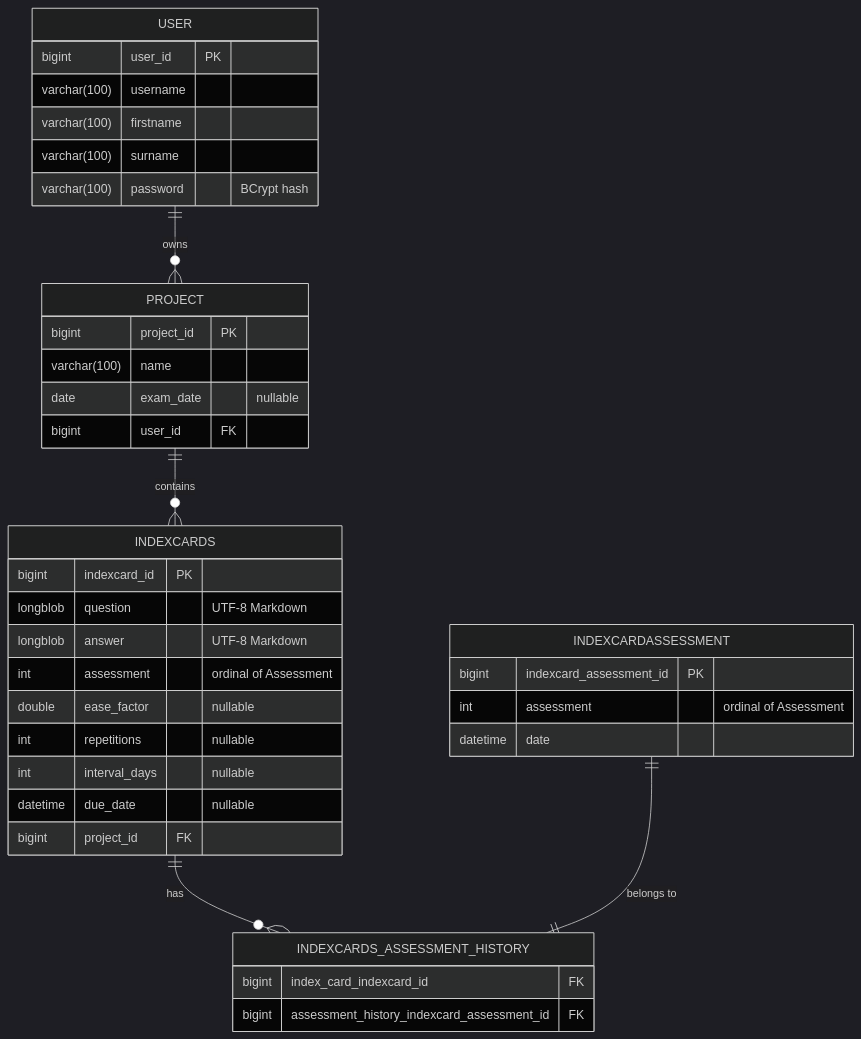
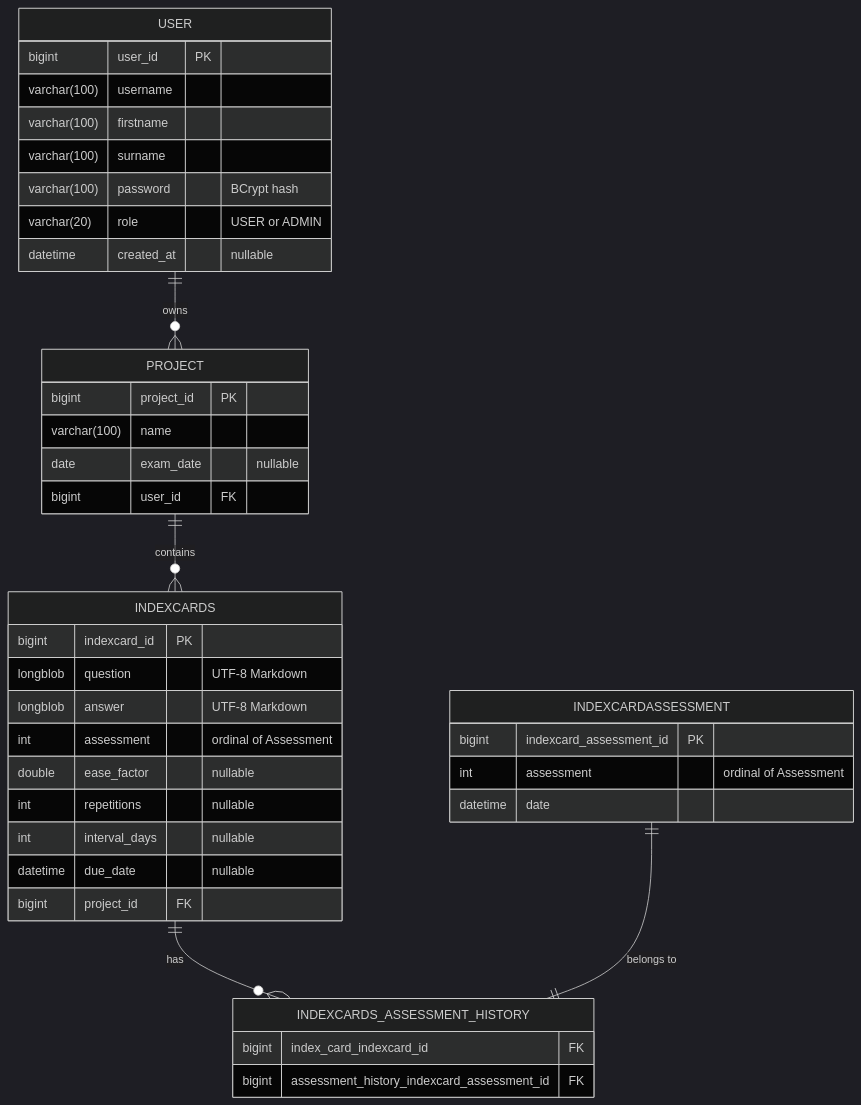
The diagram in indexcards-docu/docs/database.md (7ubi/indexcards), drawn with Mermaid (dark theme) before and after one commit. The commit also changed other lines of this file and 57 other files, not shown here.

````diff
--- a/indexcards-docu/docs/database.md
+++ b/indexcards-docu/docs/database.md
@@ -7,41 +7,43 @@
 ```mermaid
 erDiagram
     USER ||--o{ PROJECT : owns
     PROJECT ||--o{ INDEXCARDS : contains
     INDEXCARDS ||--o{ INDEXCARDS_ASSESSMENT_HISTORY : has
     INDEXCARDASSESSMENT ||--|| INDEXCARDS_ASSESSMENT_HISTORY : "belongs to"
 
     USER {
         bigint user_id PK
         varchar(100) username
         varchar(100) firstname
         varchar(100) surname
         varchar(100) password "BCrypt hash"
+        varchar(20) role "USER or ADMIN"
+        datetime created_at "nullable"
     }
     PROJECT {
         bigint project_id PK
         varchar(100) name
         date exam_date "nullable"
         bigint user_id FK
     }
     INDEXCARDS {
         bigint indexcard_id PK
         longblob question "UTF-8 Markdown"
         longblob answer "UTF-8 Markdown"
         int assessment "ordinal of Assessment"
         double ease_factor "nullable"
         int repetitions "nullable"
         int interval_days "nullable"
         datetime due_date "nullable"
         bigint project_id FK
     }
     INDEXCARDASSESSMENT {
         bigint indexcard_assessment_id PK
         int assessment "ordinal of Assessment"
         datetime date
     }
     INDEXCARDS_ASSESSMENT_HISTORY {
         bigint index_card_indexcard_id FK
         bigint assessment_history_indexcard_assessment_id FK
     }
 ```
````
